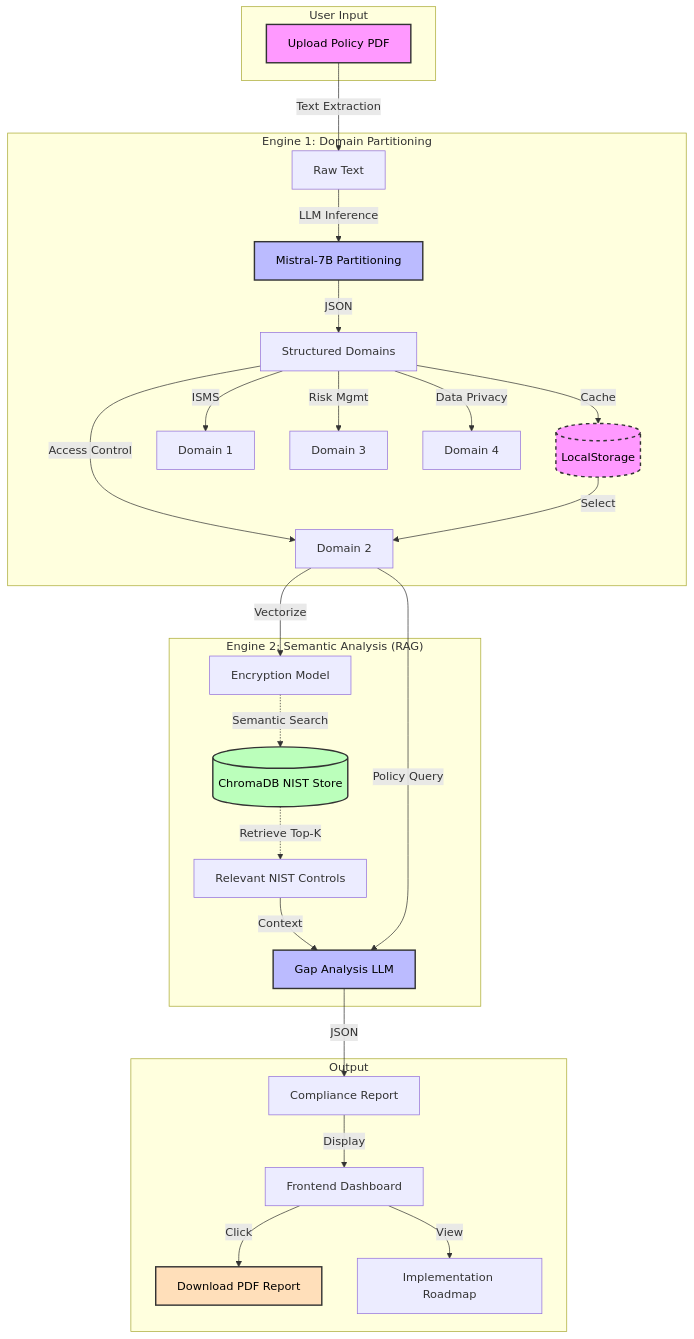
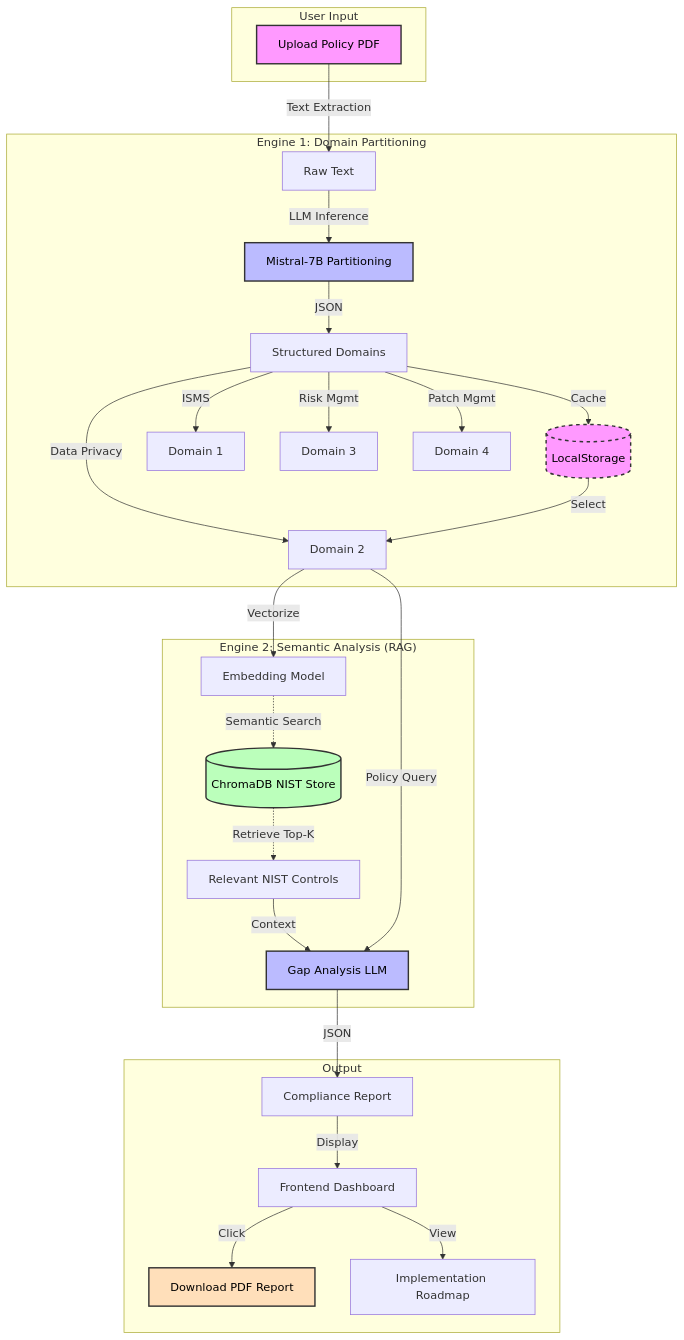
The diagram in README.md (ASN-cmd/blind-coders), drawn with Mermaid before and after one commit. The commit also changed other lines of this file, not shown here.

````diff
--- a/README.md
+++ b/README.md
@@ -202,44 +202,44 @@
 ```mermaid
 graph TD
     subgraph "User Input"
         PDF[Upload Policy PDF]
     end
 
     subgraph "Engine 1: Domain Partitioning"
         PDF -->|Text Extraction| RAW[Raw Text]
         RAW -->|LLM Inference| PART[Mistral-7B Partitioning]
         PART -->|JSON| DOMAINS[Structured Domains]
         
         DOMAINS -->|Cache| LOCAL[(LocalStorage)]
         
         DOMAINS -- "ISMS" --> D1[Domain 1]
-        DOMAINS -- "Access Control" --> D2[Domain 2]
+        DOMAINS -- "Data Privacy" --> D2[Domain 2]
         DOMAINS -- "Risk Mgmt" --> D3[Domain 3]
-        DOMAINS -- "Data Privacy" --> D4[Domain 4]
+        DOMAINS -- "Patch Mgmt" --> D4[Domain 4]
     end
 
     subgraph "Engine 2: Semantic Analysis (RAG)"
         LOCAL -->|Select| D2
-        D2 -->|Vectorize| EMB[Encryption Model]
+        D2 -->|Vectorize| EMB[Embedding Model]
         
         DB[(ChromaDB NIST Store)] -.->|Retrieve Top-K| REL[Relevant NIST Controls]
         EMB -.->|Semantic Search| DB
         
         REL -->|Context| GAP[Gap Analysis LLM]
         D2 -->|Policy Query| GAP
     end
 
     subgraph "Output"
         GAP -->|JSON| REPORT[Compliance Report]
         REPORT -->|Display| UI[Frontend Dashboard]
         UI -->|Click| DL[Download PDF Report]
         UI -->|View| ROADMAP[Implementation Roadmap]
     end
 
     style PDF fill:#f9f,stroke:#333,stroke-width:2px,color:#000
     style PART fill:#bbf,stroke:#333,stroke-width:2px,color:#000
     style LOCAL fill:#f9f,stroke:#333,stroke-width:2px,stroke-dasharray: 5 5,color:#000
     style GAP fill:#bbf,stroke:#333,stroke-width:2px,color:#000
     style DB fill:#bfb,stroke:#333,stroke-width:2px,color:#000
     style DL fill:#ffdfba,stroke:#333,stroke-width:2px,color:#000
 ```
````
